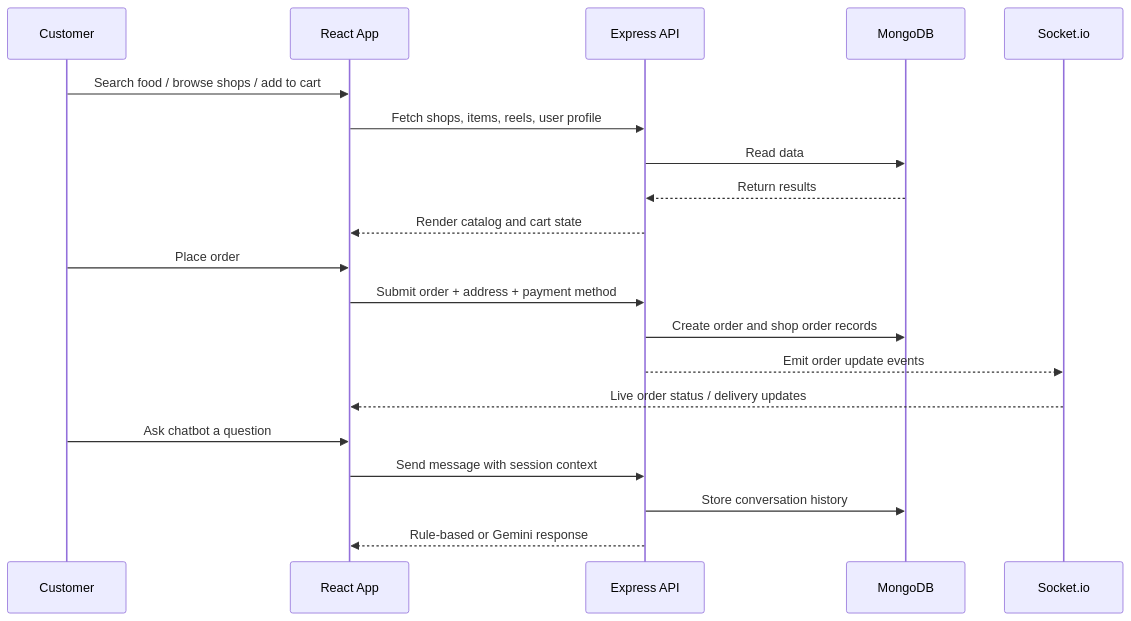
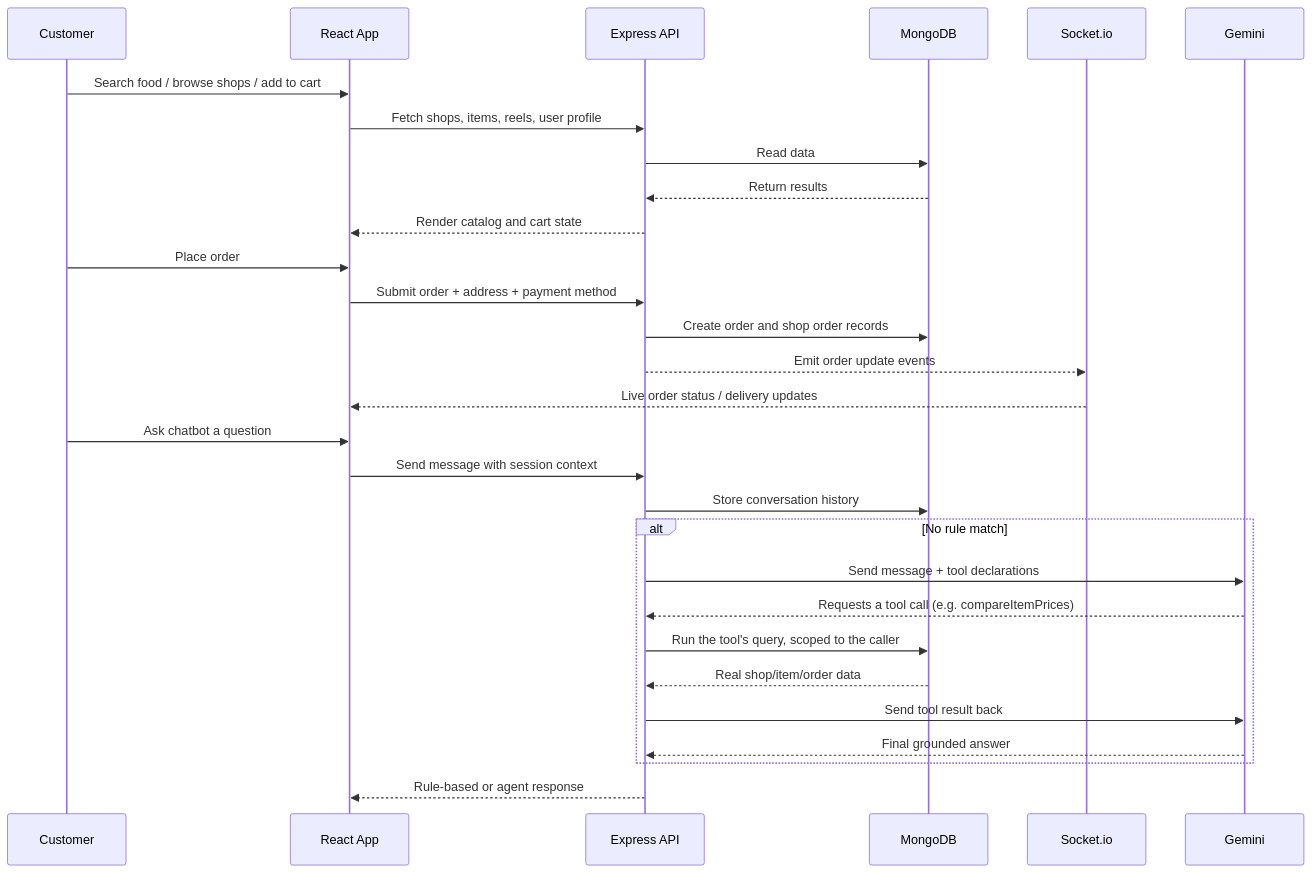
One commit to AyushCipher/Vingo-Food-Delivery changed the second of 2 diagrams in README.md. Above: the diagram before and after it, drawn with Mermaid. The commit also changed other lines of this file and 1 other file, not shown here.

First line of the commit message:
docs: update README for the agent, hardening, and testing changes

````diff
--- a/README.md
+++ b/README.md
@@ -55,23 +56,32 @@
 ```mermaid
 sequenceDiagram
   participant User as Customer
   participant UI as React App
   participant API as Express API
   participant DB as MongoDB
   participant RT as Socket.io
+  participant G as Gemini
 
   User->>UI: Search food / browse shops / add to cart
   UI->>API: Fetch shops, items, reels, user profile
   API->>DB: Read data
   DB-->>API: Return results
   API-->>UI: Render catalog and cart state
   User->>UI: Place order
   UI->>API: Submit order + address + payment method
   API->>DB: Create order and shop order records
   API-->>RT: Emit order update events
   RT-->>UI: Live order status / delivery updates
   User->>UI: Ask chatbot a question
   UI->>API: Send message with session context
   API->>DB: Store conversation history
-  API-->>UI: Rule-based or Gemini response
+  alt No rule match
+    API->>G: Send message + tool declarations
+    G-->>API: Requests a tool call (e.g. compareItemPrices)
+    API->>DB: Run the tool's query, scoped to the caller
+    DB-->>API: Real shop/item/order data
+    API->>G: Send tool result back
+    G-->>API: Final grounded answer
+  end
+  API-->>UI: Rule-based or agent response
 ```
````
